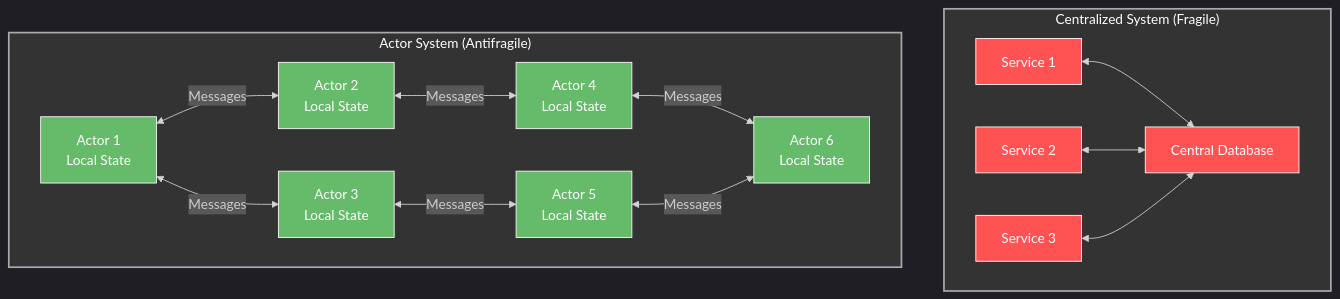
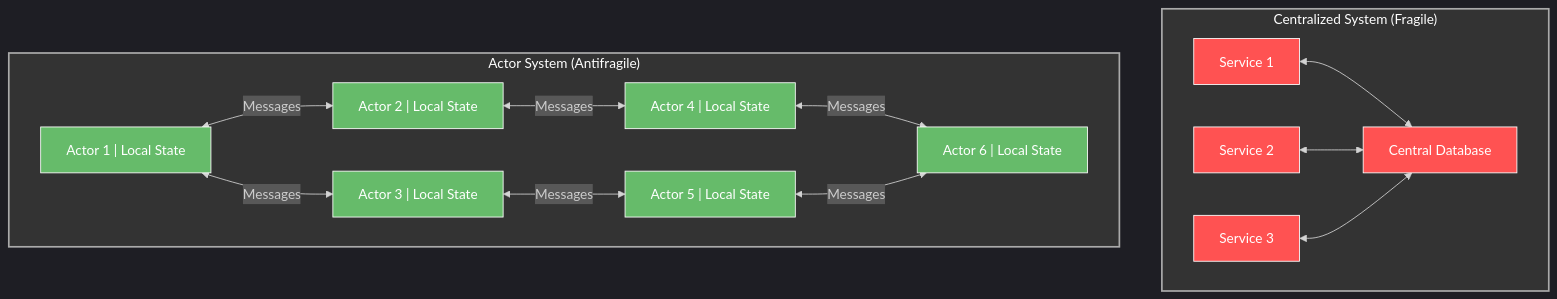
The ninth of 12 diagrams in 06 Fidelity framework Beyond Resilience.md (houstonhaynes/AD4SDocs), drawn with Mermaid before and after one commit. The commit also changed other lines of this file and 4 other files, not shown here.

Commit message:
Fix mermaid diagrams

````diff
--- a/06 Fidelity framework Beyond Resilience.md
+++ b/06 Fidelity framework Beyond Resilience.md
@@ -642,43 +642,43 @@
 ```mermaid
 %%{init: {'theme': 'dark', 'themeVariables': { 'primaryColor': '#242424', 'primaryTextColor': '#fff', 'primaryBorderColor': '#888', 'lineColor': '#d3d3d3', 'secondaryColor': '#2b2b2b', 'tertiaryColor': '#333' }}}%%
 flowchart TB
     subgraph CentralizedSystem["Centralized System (Fragile)"]
         CentralDB["Central Database"]
         Service1["Service 1"]
         Service2["Service 2"]
         Service3["Service 3"]
         
         Service1 <--> CentralDB
         Service2 <--> CentralDB
         Service3 <--> CentralDB
     end
     
     subgraph ActorSystem["Actor System (Antifragile)"]
-        Actor1["Actor 1\nLocal State"]
-        Actor2["Actor 2\nLocal State"]
-        Actor3["Actor 3\nLocal State"]
-        Actor4["Actor 4\nLocal State"]
-        Actor5["Actor 5\nLocal State"]
-        Actor6["Actor 6\nLocal State"]
+        Actor1["Actor 1 | Local State"]
+        Actor2["Actor 2 | Local State"]
+        Actor3["Actor 3 | Local State"]
+        Actor4["Actor 4 | Local State"]
+        Actor5["Actor 5 | Local State"]
+        Actor6["Actor 6 | Local State"]
         
         Actor1 <-- "Messages" --> Actor2
         Actor1 <-- "Messages" --> Actor3
         Actor2 <-- "Messages" --> Actor4
         Actor3 <-- "Messages" --> Actor5
         Actor4 <-- "Messages" --> Actor6
         Actor5 <-- "Messages" --> Actor6
     end
     
     style CentralizedSystem fill:#333,stroke:#aaa,stroke-width:2px,color:#fff
     style ActorSystem fill:#333,stroke:#aaa,stroke-width:2px,color:#fff
     style CentralDB fill:#FF5252,stroke:#fff,stroke-width:1px,color:#fff
     style Service1 fill:#FF5252,stroke:#fff,stroke-width:1px,color:#fff
     style Service2 fill:#FF5252,stroke:#fff,stroke-width:1px,color:#fff
     style Service3 fill:#FF5252,stroke:#fff,stroke-width:1px,color:#fff
     style Actor1 fill:#66BB6A,stroke:#fff,stroke-width:1px,color:#fff
     style Actor2 fill:#66BB6A,stroke:#fff,stroke-width:1px,color:#fff
     style Actor3 fill:#66BB6A,stroke:#fff,stroke-width:1px,color:#fff
     style Actor4 fill:#66BB6A,stroke:#fff,stroke-width:1px,color:#fff
     style Actor5 fill:#66BB6A,stroke:#fff,stroke-width:1px,color:#fff
     style Actor6 fill:#66BB6A,stroke:#fff,stroke-width:1px,color:#fff
 ```
````
